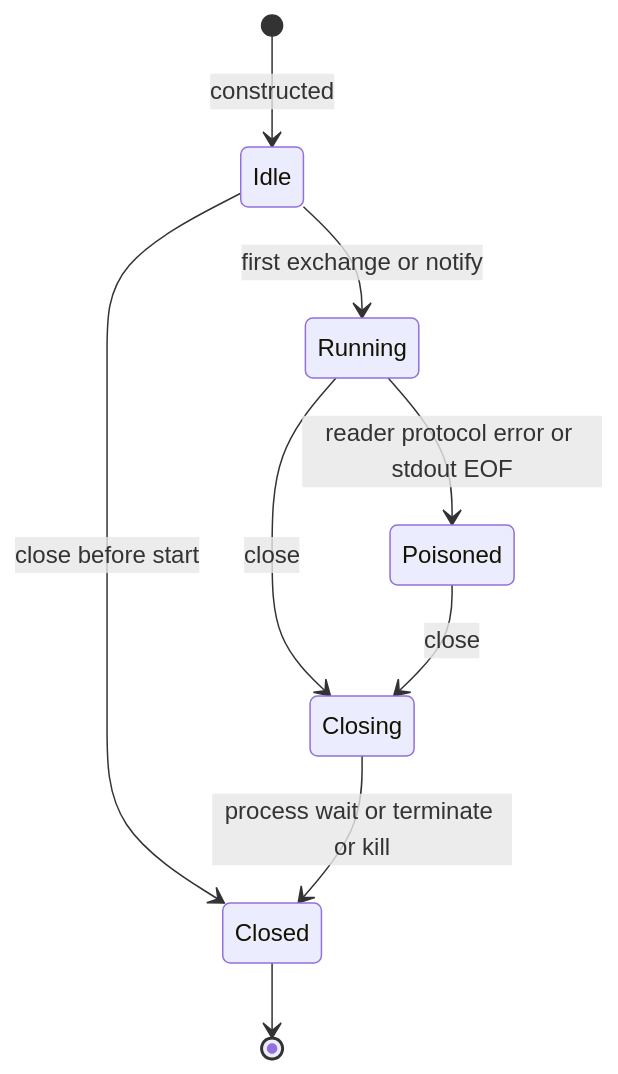
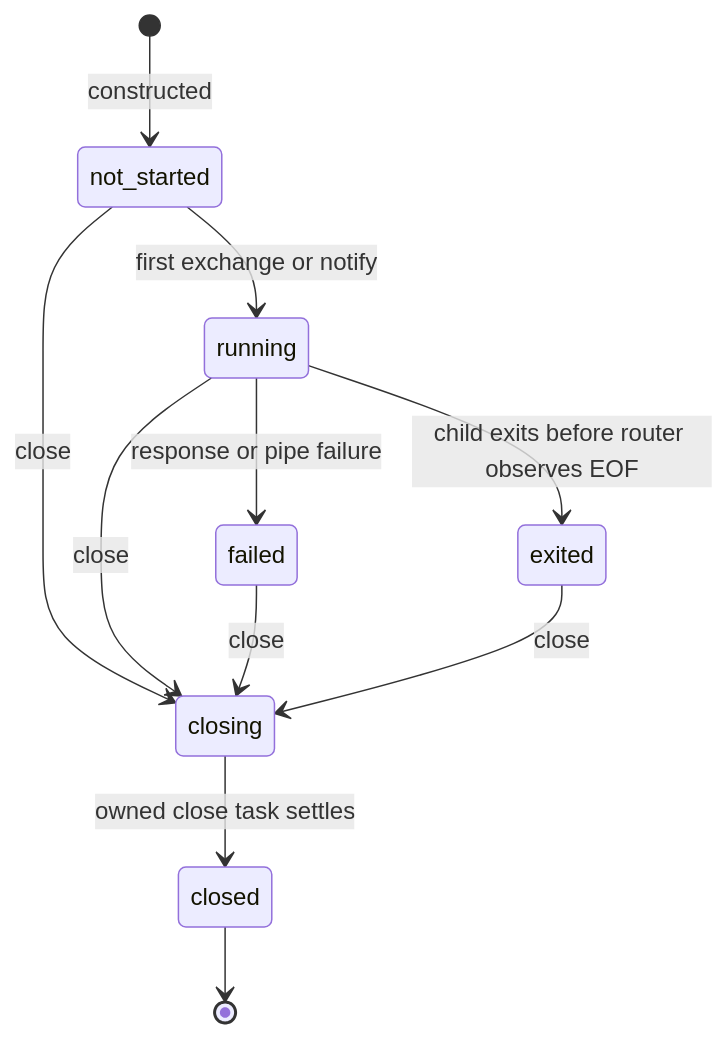
Before and after one commit to carrie1988/Harnessix: the fourth of 15 diagrams in docs/modules/sdk.md, drawn with Mermaid. The commit also changed other lines of this file and 12 other files, not shown here.

````diff
--- a/docs/modules/sdk.md
+++ b/docs/modules/sdk.md
@@ -254,11 +261,13 @@
 ```mermaid
 stateDiagram-v2
-    [*] --> Idle: constructed
-    Idle --> Running: first exchange or notify
-    Idle --> Closed: close before start
-    Running --> Poisoned: reader protocol error or stdout EOF
-    Running --> Closing: close
-    Poisoned --> Closing: close
-    Closing --> Closed: process wait or terminate or kill
-    Closed --> [*]
+    [*] --> not_started: constructed
+    not_started --> running: first exchange or notify
+    not_started --> closing: close
+    running --> failed: response or pipe failure
+    running --> exited: child exits before router observes EOF
+    running --> closing: close
+    failed --> closing: close
+    exited --> closing: close
+    closing --> closed: owned close task settles
+    closed --> [*]
 ```
````
